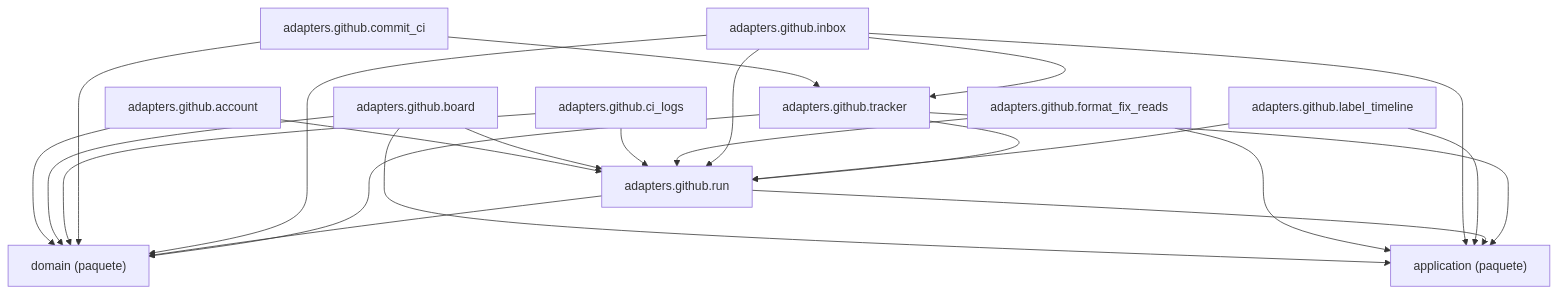
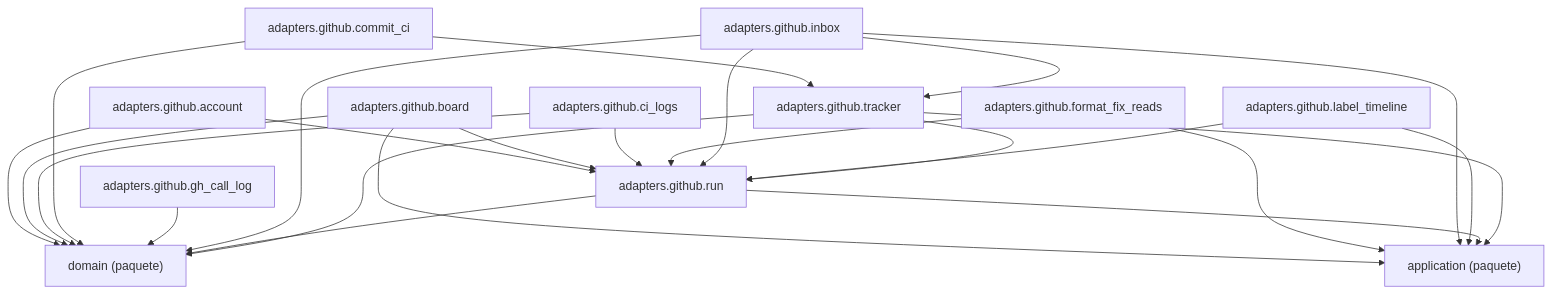
The diagram in docs/architecture/generated/packages-process-adapters-github.md (GonzaloZevallos/agentic-system), drawn with Mermaid before and after one commit. The commit also changed 9 other files, not shown here.

Commit message:
Regenerate the architecture docs for the GhCallLog seam

````diff
--- a/docs/architecture/generated/packages-process-adapters-github.md
+++ b/docs/architecture/generated/packages-process-adapters-github.md
@@ -15,36 +15,38 @@
 ```mermaid
 graph TD
     g_pkg__application["application (paquete)"]
     g_pkg__domain["domain (paquete)"]
     m_adapters__github__account["adapters.github.account"]
     m_adapters__github__board["adapters.github.board"]
     m_adapters__github__ci_logs["adapters.github.ci_logs"]
     m_adapters__github__commit_ci["adapters.github.commit_ci"]
     m_adapters__github__format_fix_reads["adapters.github.format_fix_reads"]
+    m_adapters__github__gh_call_log["adapters.github.gh_call_log"]
     m_adapters__github__inbox["adapters.github.inbox"]
     m_adapters__github__label_timeline["adapters.github.label_timeline"]
     m_adapters__github__run["adapters.github.run"]
     m_adapters__github__tracker["adapters.github.tracker"]
     m_adapters__github__account --> g_pkg__domain
     m_adapters__github__account --> m_adapters__github__run
     m_adapters__github__board --> g_pkg__application
     m_adapters__github__board --> g_pkg__domain
     m_adapters__github__board --> m_adapters__github__run
     m_adapters__github__ci_logs --> g_pkg__domain
     m_adapters__github__ci_logs --> m_adapters__github__run
     m_adapters__github__commit_ci --> g_pkg__domain
     m_adapters__github__commit_ci --> m_adapters__github__tracker
     m_adapters__github__format_fix_reads --> g_pkg__application
     m_adapters__github__format_fix_reads --> m_adapters__github__run
+    m_adapters__github__gh_call_log --> g_pkg__domain
     m_adapters__github__inbox --> g_pkg__application
     m_adapters__github__inbox --> g_pkg__domain
     m_adapters__github__inbox --> m_adapters__github__run
     m_adapters__github__inbox --> m_adapters__github__tracker
     m_adapters__github__label_timeline --> g_pkg__application
     m_adapters__github__label_timeline --> m_adapters__github__run
     m_adapters__github__run --> g_pkg__application
     m_adapters__github__run --> g_pkg__domain
     m_adapters__github__tracker --> g_pkg__application
     m_adapters__github__tracker --> g_pkg__domain
     m_adapters__github__tracker --> m_adapters__github__run
 ```
````
